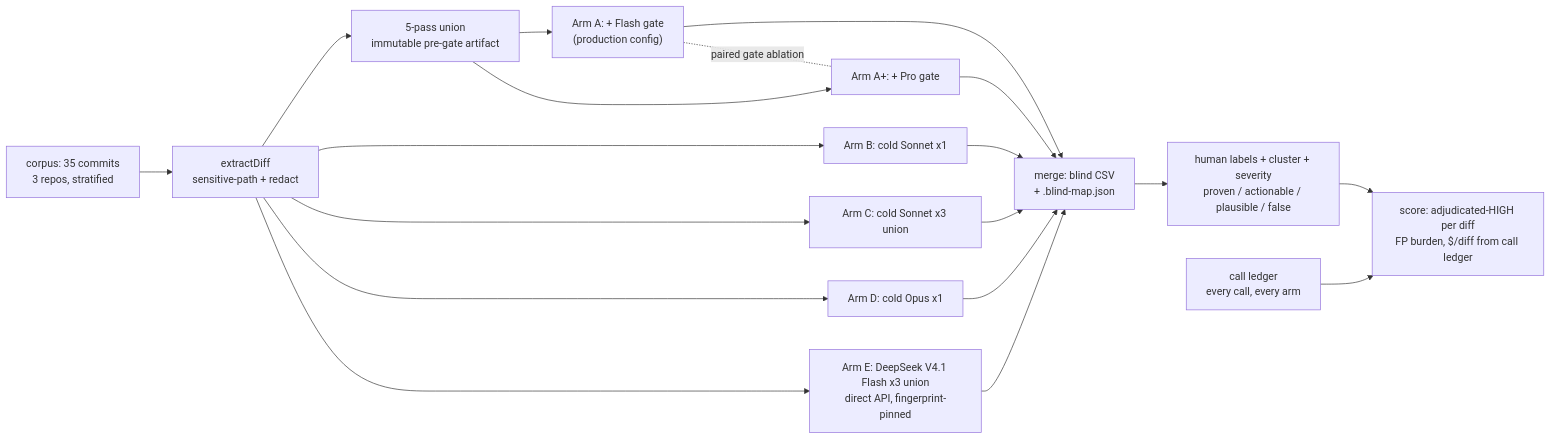
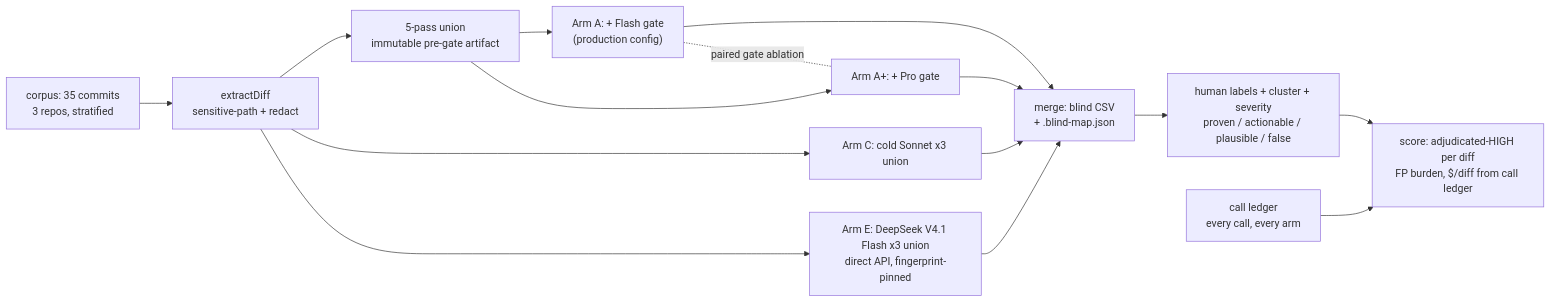
Before and after one commit to Lbstrydom/claude-engineering-skills: the diagram in docs/plans/reviewer-cost-value-experiment.md, drawn with Mermaid. The commit also changed other lines of this file, not shown here.

First line of the commit message:
docs(plans): drop exp5 Arms B/D (cold x1) per operator decision

````diff
--- a/docs/plans/reviewer-cost-value-experiment.md
+++ b/docs/plans/reviewer-cost-value-experiment.md
@@ -154,21 +154,17 @@
 ```mermaid
 graph LR
   CORPUS["corpus: 35 commits<br/>3 repos, stratified"] --> X["extractDiff<br/>sensitive-path + redact"]
   X --> U["5-pass union<br/>immutable pre-gate artifact"]
   U --> A["Arm A: + Flash gate<br/>(production config)"]
   U --> APLUS["Arm A+: + Pro gate"]
-  X --> B["Arm B: cold Sonnet x1"]
   X --> C["Arm C: cold Sonnet x3 union"]
-  X --> D["Arm D: cold Opus x1"]
   X --> E["Arm E: DeepSeek V4.1 Flash x3 union<br/>direct API, fingerprint-pinned"]
   A --> M["merge: blind CSV<br/>+ .blind-map.json"]
-  B --> M
   C --> M
-  D --> M
   E --> M
   APLUS --> M
   A -. paired gate ablation .- APLUS
   M --> H["human labels + cluster + severity<br/>proven / actionable / plausible / false"]
   H --> S["score: adjudicated-HIGH per diff<br/>FP burden, $/diff from call ledger"]
   L["call ledger<br/>every call, every arm"] --> S
 ```
````
